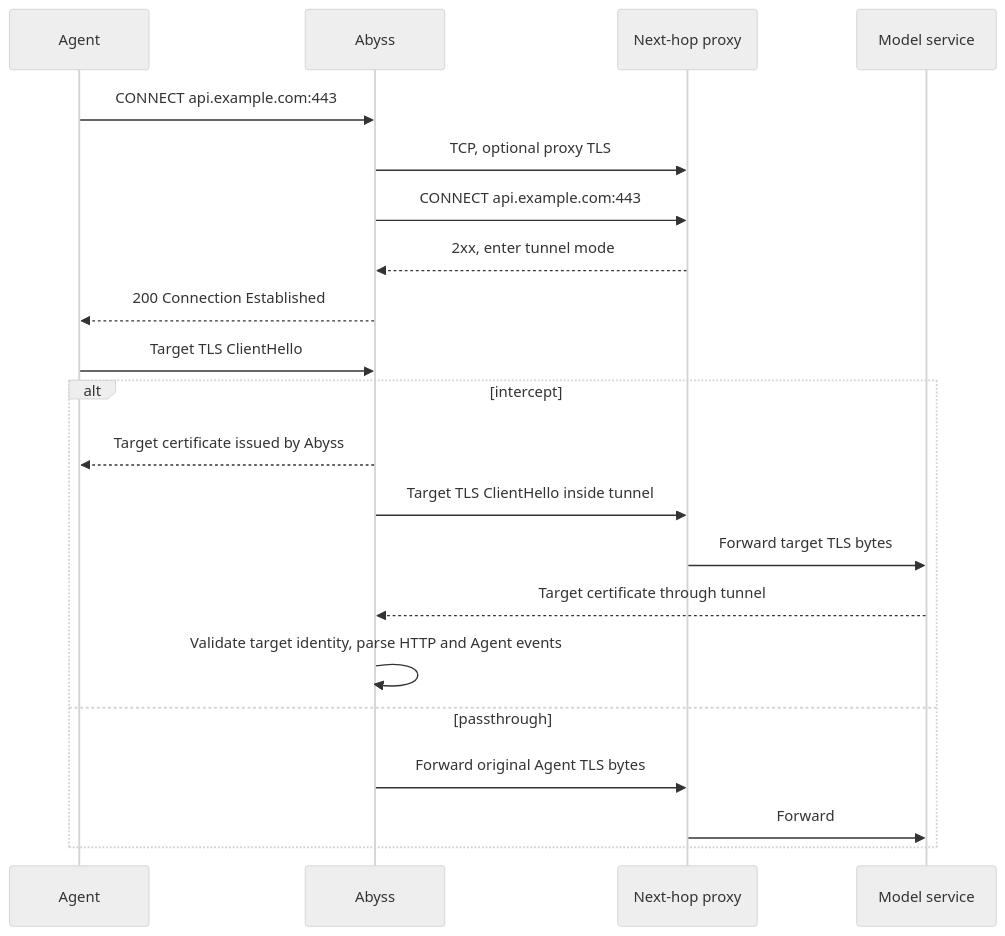
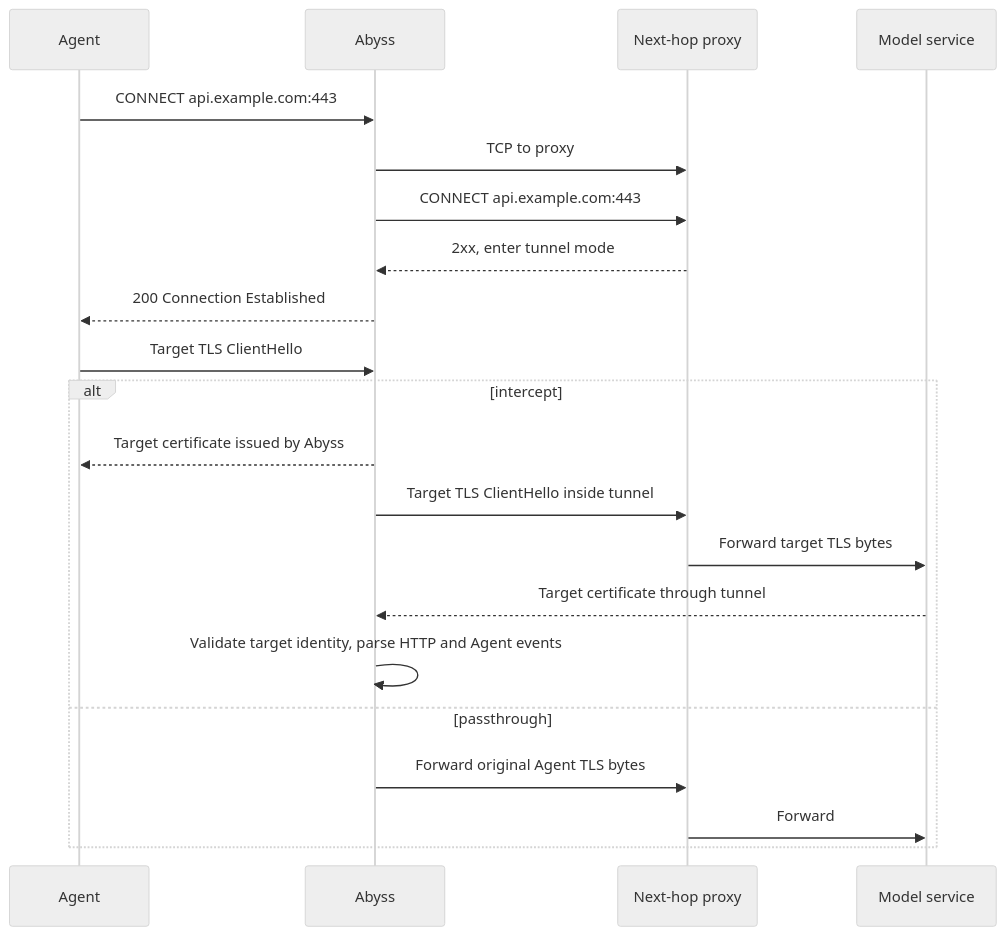
The diagram in docs/upstream-proxy-design.md (lexmount/abyss-rs), drawn with Mermaid (neutral theme) before and after one commit. The commit also changed other lines of this file and 37 other files, not shown here.

````diff
--- a/docs/upstream-proxy-design.md
+++ b/docs/upstream-proxy-design.md
@@ -281,23 +266,23 @@
 ```mermaid
 sequenceDiagram
     participant A as Agent
     participant B as Abyss
     participant P as Next-hop proxy
     participant O as Model service
     A->>B: CONNECT api.example.com:443
-    B->>P: TCP, optional proxy TLS
+    B->>P: TCP to proxy
     B->>P: CONNECT api.example.com:443
     P-->>B: 2xx, enter tunnel mode
     B-->>A: 200 Connection Established
     A->>B: Target TLS ClientHello
     alt intercept
         B-->>A: Target certificate issued by Abyss
         B->>P: Target TLS ClientHello inside tunnel
         P->>O: Forward target TLS bytes
         O-->>B: Target certificate through tunnel
         B->>B: Validate target identity, parse HTTP and Agent events
     else passthrough
         B->>P: Forward original Agent TLS bytes
         P->>O: Forward
     end
 ```
````
